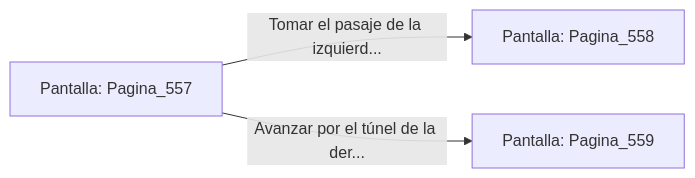
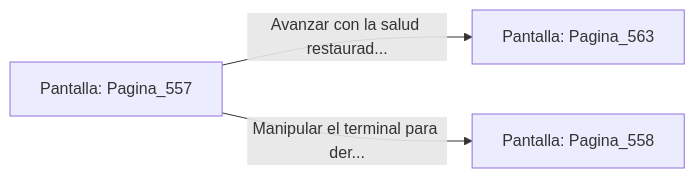
The diagram in sample/eligejuego-vault/Pantalla_Pagina_557.md (metsuke/mpl), drawn with Mermaid before and after one commit. The commit also changed other lines of this file and 635 other files, not shown here.

First line of the commit message:
fix: añadir Pagina_1 como pantalla inicial en capitulo_01.mpl

````diff
--- a/sample/eligejuego-vault/Pantalla_Pagina_557.md
+++ b/sample/eligejuego-vault/Pantalla_Pagina_557.md
@@ -20,6 +24,6 @@
 ```mermaid
 graph LR
     P_Pagina_557["Pantalla: Pagina_557"]
-    P_Pagina_557 -->|"Tomar el pasaje de la izquierd..."| P_Pagina_558["Pantalla: Pagina_558"]
-    P_Pagina_557 -->|"Avanzar por el túnel de la der..."| P_Pagina_559["Pantalla: Pagina_559"]
+    P_Pagina_557 -->|"Avanzar con la salud restaurad..."| P_Pagina_563["Pantalla: Pagina_563"]
+    P_Pagina_557 -->|"Manipular el terminal para der..."| P_Pagina_558["Pantalla: Pagina_558"]
 ```
````
